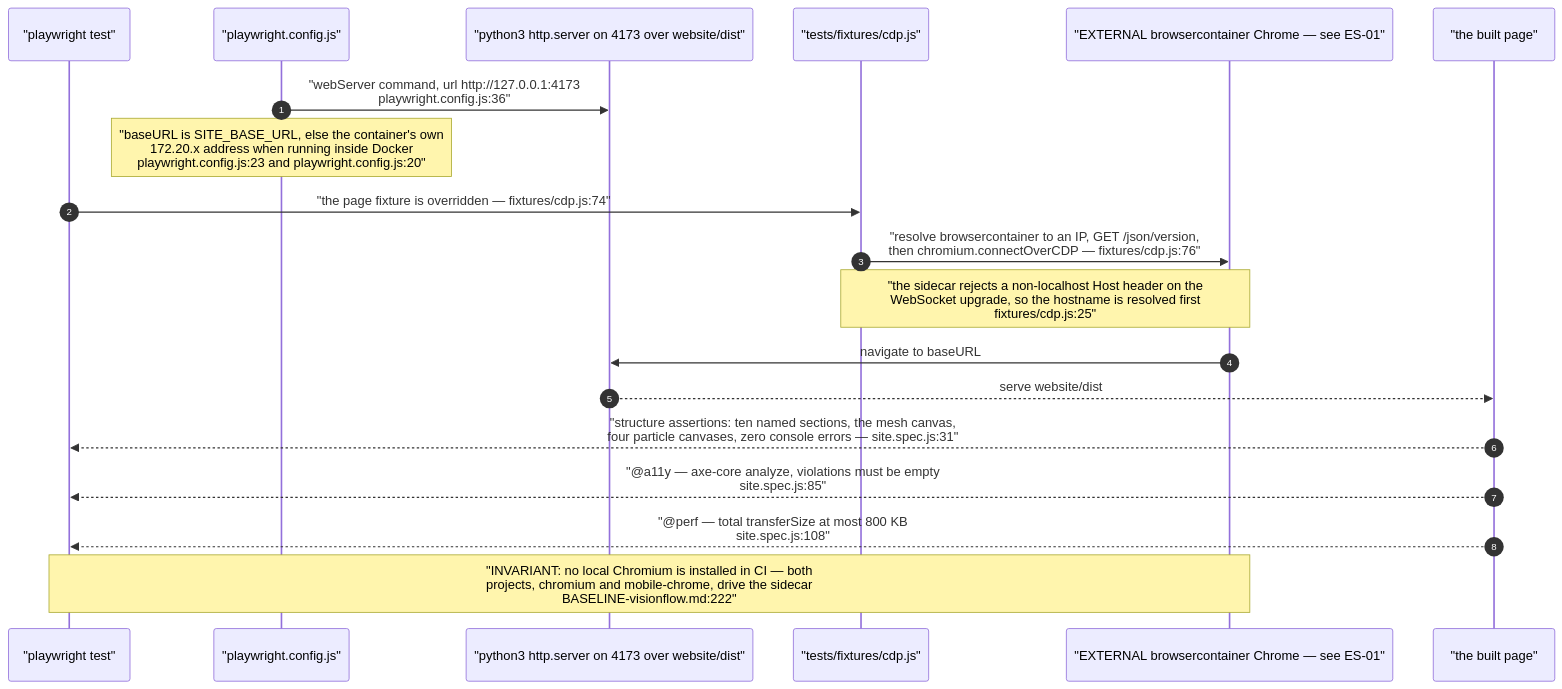
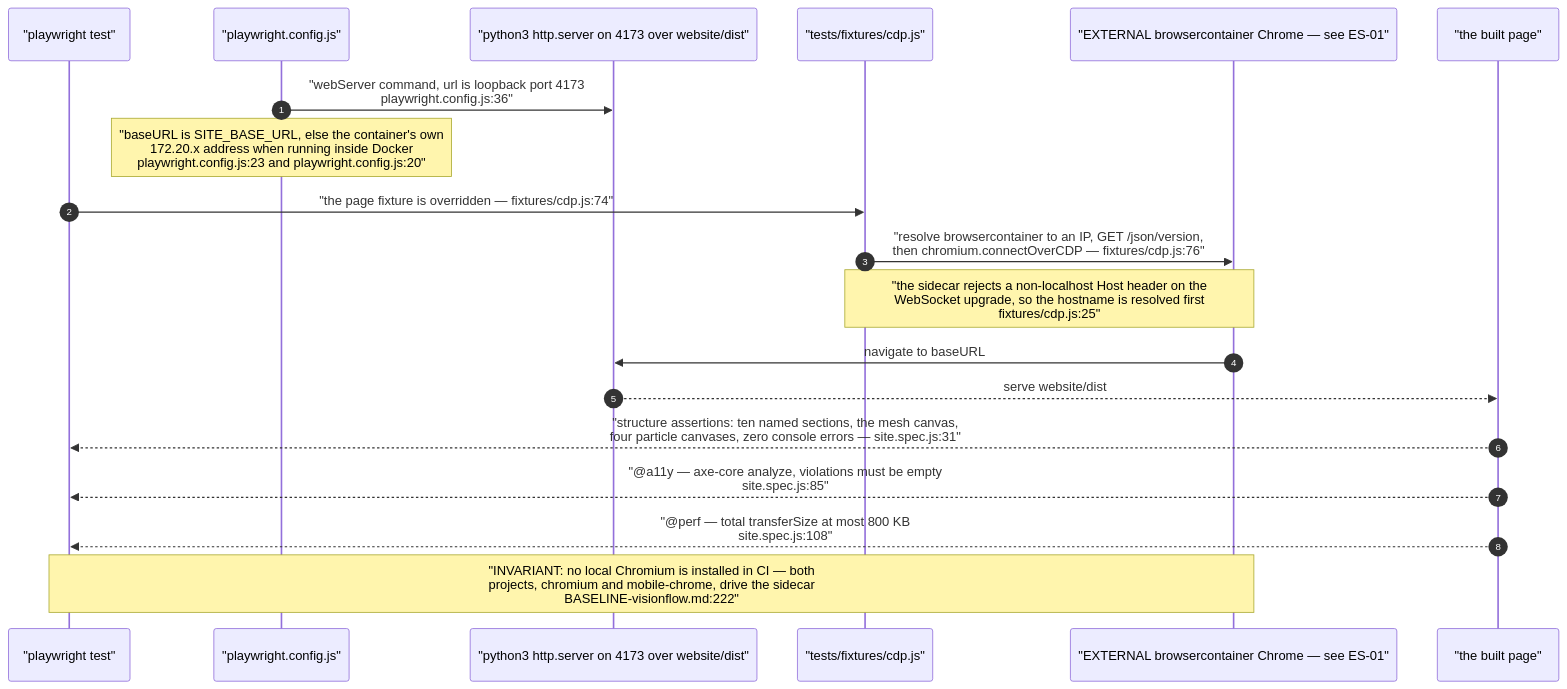
Before and after one commit to DreamLab-AI/VisionFlow: the tenth of 12 diagrams in docs/diagrams/visionflow/02-website-build-and-deploy.md, drawn with Mermaid. The commit also changed other lines of this file and 185 other files, not shown here.

Commit message:
docs(estate): reconcile diagrams and ADRs with source and define closeout sprint

````diff
--- a/docs/diagrams/visionflow/02-website-build-and-deploy.md
+++ b/docs/diagrams/visionflow/02-website-build-and-deploy.md
@@ -289,22 +289,22 @@
 ```mermaid
 sequenceDiagram
     autonumber
     participant T as "playwright test"
     participant C as "playwright.config.js"
     participant WS as "python3 http.server on 4173 over website/dist"
     participant FX as "tests/fixtures/cdp.js"
     participant CH as "EXTERNAL browsercontainer Chrome — see ES-01"
     participant P as "the built page"
 
-    C->>WS: "webServer command, url http://127.0.0.1:4173<br/>playwright.config.js:36"
+    C->>WS: "webServer command, url is loopback port 4173<br/>playwright.config.js:36"
     Note over C: "baseURL is SITE_BASE_URL, else the container's own<br/>172.20.x address when running inside Docker<br/>playwright.config.js:23 and playwright.config.js:20"
     T->>FX: "the page fixture is overridden — fixtures/cdp.js:74"
     FX->>CH: "resolve browsercontainer to an IP, GET /json/version,<br/>then chromium.connectOverCDP — fixtures/cdp.js:76"
     Note over FX,CH: "the sidecar rejects a non-localhost Host header on the<br/>WebSocket upgrade, so the hostname is resolved first<br/>fixtures/cdp.js:25"
     CH->>WS: navigate to baseURL
     WS-->>P: serve website/dist
     P-->>T: "structure assertions: ten named sections, the mesh canvas,<br/>four particle canvases, zero console errors — site.spec.js:31"
     P-->>T: "@a11y — axe-core analyze, violations must be empty<br/>site.spec.js:85"
     P-->>T: "@perf — total transferSize at most 800 KB<br/>site.spec.js:108"
     Note over T,CH: "INVARIANT: no local Chromium is installed in CI — both<br/>projects, chromium and mobile-chrome, drive the sidecar<br/>BASELINE-visionflow.md:222"
 ```
````
